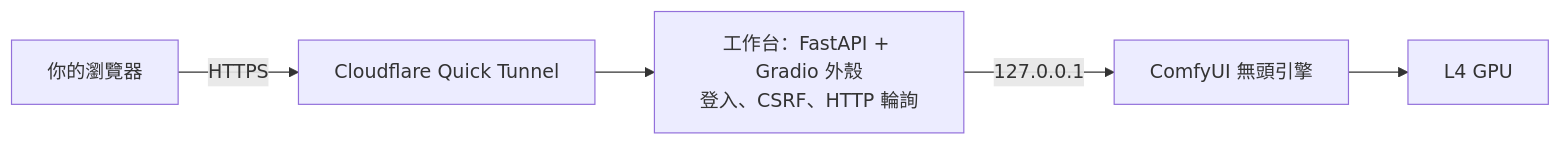
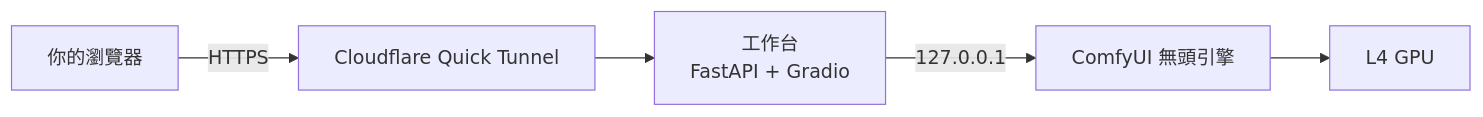
The diagram in README.md (Openclaw-Metis/MOSS-Image-Colab), drawn with Mermaid before and after one commit. The commit also changed other lines of this file, not shown here.

Commit message:
README: per-model size table, shorter diagram label

````diff
--- a/README.md
+++ b/README.md
@@ -66,7 +66,7 @@
 ```mermaid
 flowchart LR
   B["你的瀏覽器"] -->|"HTTPS"| T["Cloudflare Quick Tunnel"]
-  T --> W["工作台：FastAPI + Gradio 外殼<br/>登入、CSRF、HTTP 輪詢"]
+  T --> W["工作台<br/>FastAPI + Gradio"]
   W -->|"127.0.0.1"| C["ComfyUI 無頭引擎"]
   C --> G["L4 GPU"]
 ```
````
